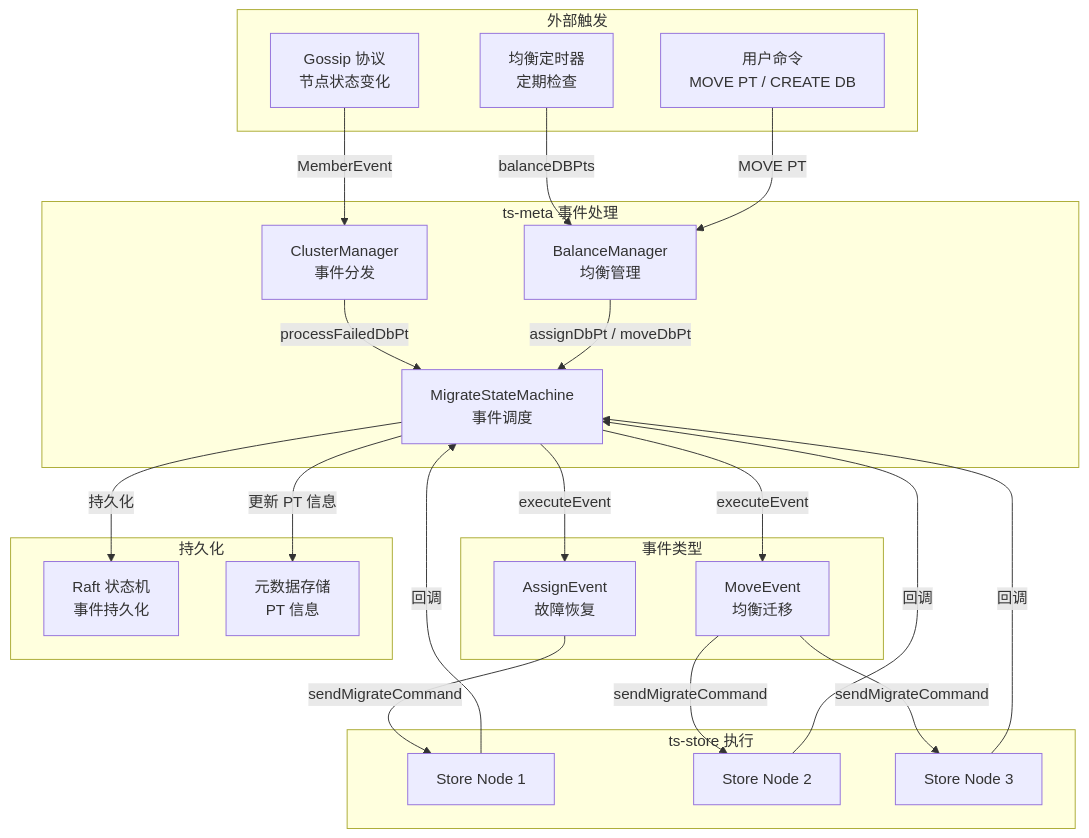
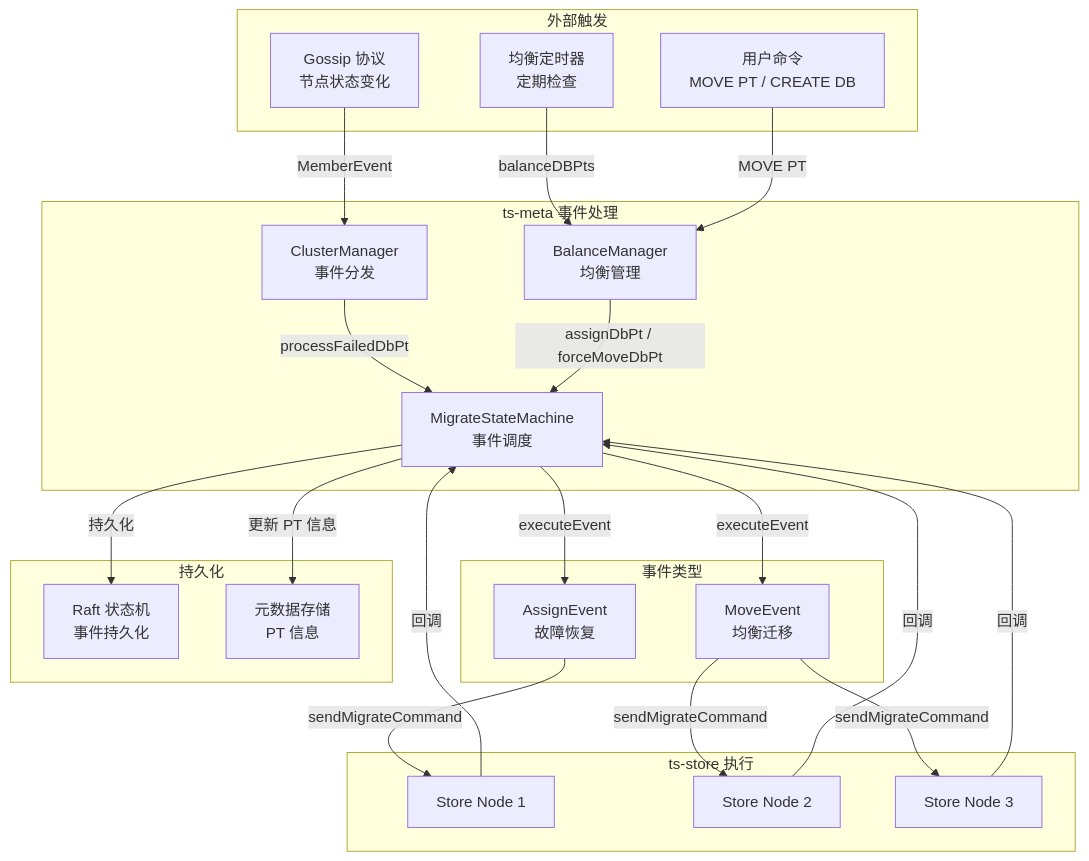
Diagram 21 of 22 in docs/specs/12_cluster_migration_spec.md (stefanv5/openGemini), drawn with Mermaid before and after one commit. The commit also changed other lines of this file and 37 other files, not shown here.

````diff
--- a/docs/specs/12_cluster_migration_spec.md
+++ b/docs/specs/12_cluster_migration_spec.md
@@ -2399,51 +2419,51 @@
 ```mermaid
 graph TB
     subgraph "外部触发"
         Gossip["Gossip 协议<br/>节点状态变化"]
         User["用户命令<br/>MOVE PT / CREATE DB"]
         Timer["均衡定时器<br/>定期检查"]
     end
 
     subgraph "ts-meta 事件处理"
         CM["ClusterManager<br/>事件分发"]
         MSM["MigrateStateMachine<br/>事件调度"]
         BM["BalanceManager<br/>均衡管理"]
     end
 
     subgraph "事件类型"
         AE["AssignEvent<br/>故障恢复"]
         ME["MoveEvent<br/>均衡迁移"]
     end
 
     subgraph "持久化"
         Raft["Raft 状态机<br/>事件持久化"]
         Store["元数据存储<br/>PT 信息"]
     end
 
     subgraph "ts-store 执行"
         S1["Store Node 1"]
         S2["Store Node 2"]
         S3["Store Node 3"]
     end
 
     Gossip -->|MemberEvent| CM
     Timer -->|balanceDBPts| BM
     User -->|MOVE PT| BM
 
     CM -->|processFailedDbPt| MSM
-    BM -->|assignDbPt / moveDbPt| MSM
+    BM -->|assignDbPt / forceMoveDbPt| MSM
 
     MSM -->|executeEvent| AE
     MSM -->|executeEvent| ME
 
     AE -->|sendMigrateCommand| S1
     ME -->|sendMigrateCommand| S2
     ME -->|sendMigrateCommand| S3
 
     MSM -->|持久化| Raft
     MSM -->|更新 PT 信息| Store
 
     S1 -->|回调| MSM
     S2 -->|回调| MSM
     S3 -->|回调| MSM
 ```
````
